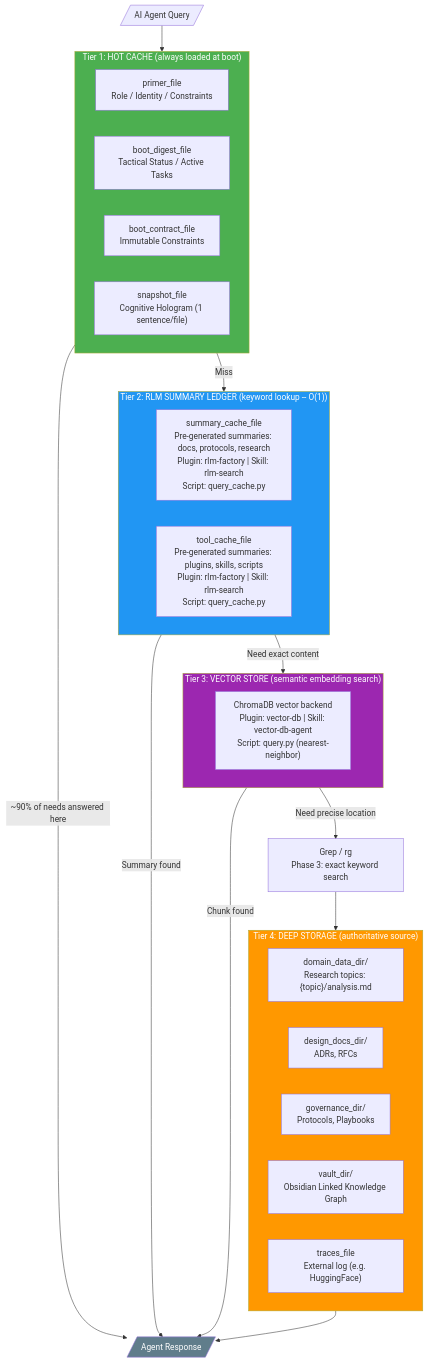
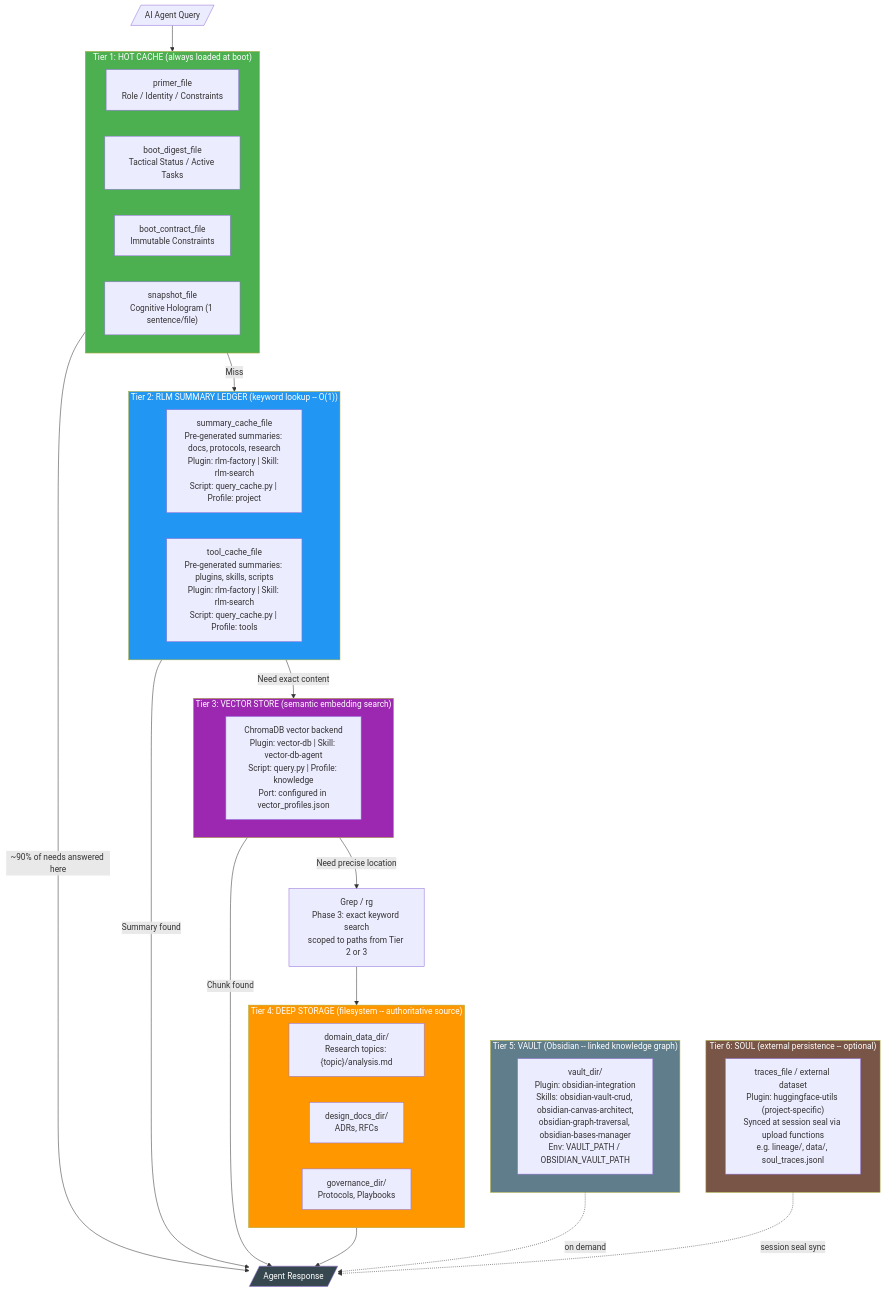
Before and after one commit to richfrem/agent-plugins-skills: the diagram in plugins/memory-management/skills/memory-management/references/diagrams/architecture/memory_architecture.mmd, drawn with Mermaid. The commit also changed 3 other files, not shown here.

Commit message:
docs(memory-management): 6-tier architecture, obsidian dep, BR-tag diagram fix; add obsidian to README deps

```diff
--- a/plugins/memory-management/skills/memory-management/references/diagrams/architecture/memory_architecture.mmd
+++ b/plugins/memory-management/skills/memory-management/references/diagrams/architecture/memory_architecture.mmd
@@ -1,40 +1,50 @@
 flowchart TD
     subgraph HotCache["Tier 1: HOT CACHE (always loaded at boot)"]
         P["primer_file<BR>Role / Identity / Constraints"]
         BD["boot_digest_file<BR>Tactical Status / Active Tasks"]
         BC["boot_contract_file<BR>Immutable Constraints"]
         SN["snapshot_file<BR>Cognitive Hologram (1 sentence/file)"]
     end
 
     subgraph RLMLedger["Tier 2: RLM SUMMARY LEDGER (keyword lookup -- O(1))"]
-        SC["summary_cache_file<BR>Pre-generated summaries: docs, protocols, research<BR>Plugin: rlm-factory | Skill: rlm-search<BR>Script: query_cache.py"]
-        TC["tool_cache_file<BR>Pre-generated summaries: plugins, skills, scripts<BR>Plugin: rlm-factory | Skill: rlm-search<BR>Script: query_cache.py"]
+        SC["summary_cache_file<BR>Pre-generated summaries: docs, protocols, research<BR>Plugin: rlm-factory | Skill: rlm-search<BR>Script: query_cache.py | Profile: project"]
+        TC["tool_cache_file<BR>Pre-generated summaries: plugins, skills, scripts<BR>Plugin: rlm-factory | Skill: rlm-search<BR>Script: query_cache.py | Profile: tools"]
     end
 
     subgraph VectorStore["Tier 3: VECTOR STORE (semantic embedding search)"]
-        VDB["ChromaDB vector backend<BR>Plugin: vector-db | Skill: vector-db-agent<BR>Script: query.py (nearest-neighbor)"]
+        VDB["ChromaDB vector backend<BR>Plugin: vector-db | Skill: vector-db-agent<BR>Script: query.py | Profile: knowledge<BR>Port: configured in vector_profiles.json"]
     end
 
-    subgraph DeepStorage["Tier 4: DEEP STORAGE (authoritative source)"]
+    subgraph DeepStorage["Tier 4: DEEP STORAGE (filesystem -- authoritative source)"]
         DOM["domain_data_dir/<BR>Research topics: {topic}/analysis.md"]
         DES["design_docs_dir/<BR>ADRs, RFCs"]
         GOV["governance_dir/<BR>Protocols, Playbooks"]
-        VLT["vault_dir/<BR>Obsidian Linked Knowledge Graph"]
-        TRC["traces_file<BR>External log (e.g. HuggingFace)"]
+    end
+
+    subgraph Vault["Tier 5: VAULT (Obsidian -- linked knowledge graph)"]
+        OBS["vault_dir/<BR>Plugin: obsidian-integration<BR>Skills: obsidian-vault-crud, obsidian-canvas-architect,<BR>obsidian-graph-traversal, obsidian-bases-manager<BR>Env: VAULT_PATH / OBSIDIAN_VAULT_PATH"]
+    end
+
+    subgraph Soul["Tier 6: SOUL (external persistence -- optional)"]
+        HF["traces_file / external dataset<BR>Plugin: huggingface-utils (project-specific)<BR>Synced at session seal via upload functions<BR>e.g. lineage/, data/, soul_traces.jsonl"]
     end
 
     Agent[/"AI Agent Query"/] --> HotCache
     HotCache -->|"~90% of needs answered here"| OUT[/"Agent Response"/]
     HotCache -->|"Miss"| RLMLedger
     RLMLedger -->|"Summary found"| OUT
     RLMLedger -->|"Need exact content"| VectorStore
     VectorStore -->|"Chunk found"| OUT
-    VectorStore -->|"Need precise location"| Grep["Grep / rg<BR>Phase 3: exact keyword search"]
+    VectorStore -->|"Need precise location"| Grep["Grep / rg<BR>Phase 3: exact keyword search<BR>scoped to paths from Tier 2 or 3"]
     Grep --> DeepStorage
     DeepStorage --> OUT
+    Vault -.->|"on demand"| OUT
+    Soul -.->|"session seal sync"| OUT
 
     style HotCache fill:#4CAF50,color:#fff
     style RLMLedger fill:#2196F3,color:#fff
     style VectorStore fill:#9C27B0,color:#fff
     style DeepStorage fill:#FF9800,color:#fff
-    style OUT fill:#607D8B,color:#fff
+    style Vault fill:#607D8B,color:#fff
+    style Soul fill:#795548,color:#fff
+    style OUT fill:#37474F,color:#fff
```
